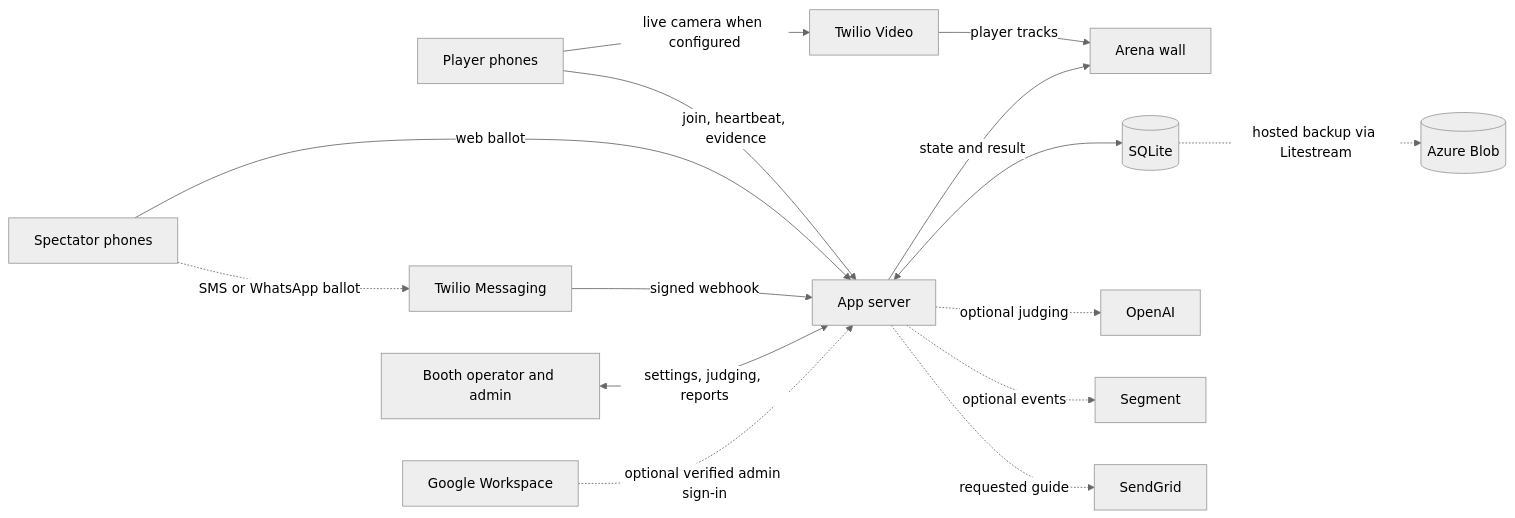
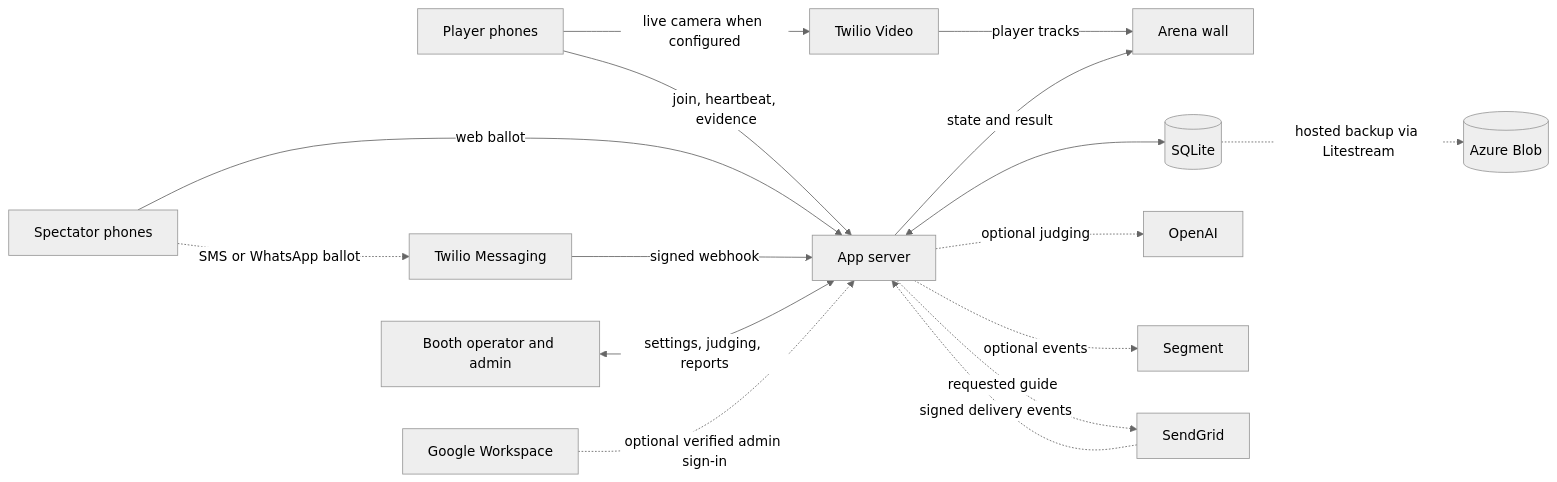
The diagram in README.md (anthonyplusAI/twilio-live-scavenger-hunt), drawn with Mermaid (neutral theme) before and after one commit. The commit also changed other lines of this file and 53 other files, not shown here.

Commit message:
Harden expo flow, follow-up, reporting, and prompt cadence (#11)

````diff
--- a/README.md
+++ b/README.md
@@ -203,17 +228,18 @@
 ```mermaid
 flowchart LR
     P[Player phones] -->|join, heartbeat, evidence| A[App server]
     P -->|live camera when configured| V[Twilio Video]
     V -->|player tracks| W[Arena wall]
     A -->|state and result| W
     S[Spectator phones] -->|web ballot| A
     S -. SMS or WhatsApp ballot .-> M[Twilio Messaging]
     M -->|signed webhook| A
     O[Booth operator and admin] <-->|settings, judging, reports| A
     G[Google Workspace] -. optional verified admin sign-in .-> A
     A <--> D[(SQLite)]
     D -. hosted backup via Litestream .-> B[(Azure Blob)]
     A -. optional judging .-> AI[OpenAI]
     A -. optional events .-> SG[Segment]
     A -. requested guide .-> E[SendGrid]
+    E -. signed delivery events .-> A
 ```
````
